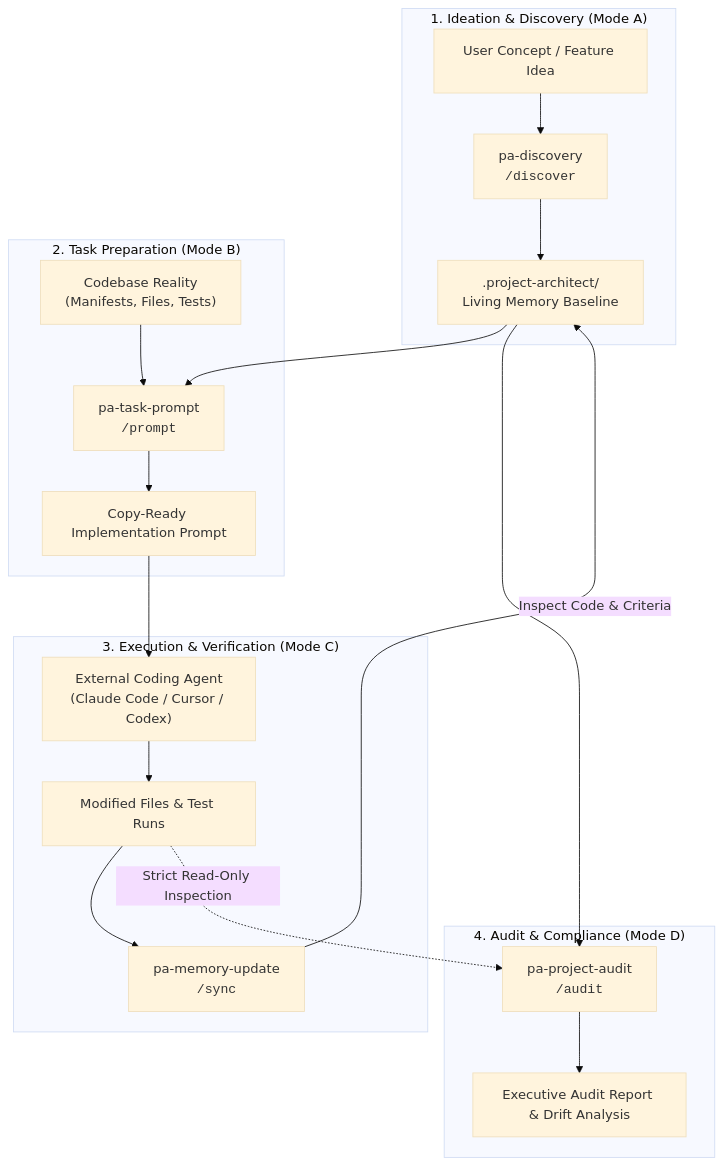
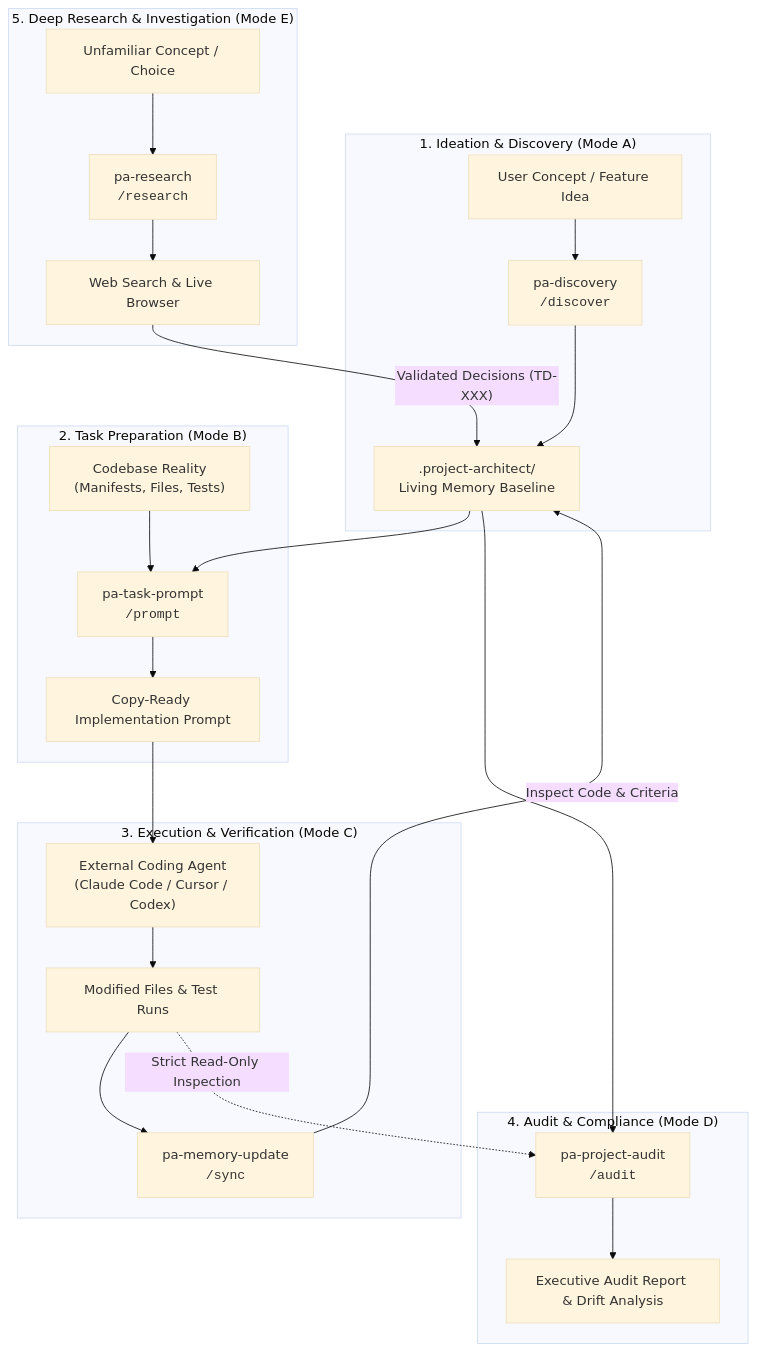
Before and after one commit to youngcrypton/project-architect: the diagram in README.md, drawn with Mermaid (base theme). The commit also changed other lines of this file and 3 other files, not shown here.

Commit message:
feat: add pa-research skill with real-time browser integration and origin block reporting

````diff
--- a/README.md
+++ b/README.md
@@ -54,26 +54,32 @@
 ```mermaid
 flowchart TD
     subgraph ModeA ["1. Ideation & Discovery (Mode A)"]
         A["User Concept / Feature Idea"] --> B["pa-discovery<br/><code>/discover</code>"]
         B --> C[".project-architect/<br/>Living Memory Baseline"]
     end
 
     subgraph ModeB ["2. Task Preparation (Mode B)"]
         C --> D["pa-task-prompt<br/><code>/prompt</code>"]
         E["Codebase Reality<br/>(Manifests, Files, Tests)"] --> D
         D --> F["Copy-Ready Implementation Prompt"]
     end
 
     subgraph ModeC ["3. Execution & Verification (Mode C)"]
         F --> G["External Coding Agent<br/>(Claude Code / Cursor / Codex)"]
         G --> H["Modified Files & Test Runs"]
         H --> I["pa-memory-update<br/><code>/sync</code>"]
         I -->|"Inspect Code & Criteria"| C
     end
 
     subgraph ModeD ["4. Audit & Compliance (Mode D)"]
         C --> J["pa-project-audit<br/><code>/audit</code>"]
         H -.->|"Strict Read-Only Inspection"| J
         J --> K["Executive Audit Report & Drift Analysis"]
     end
+
+    subgraph ModeE ["5. Deep Research & Investigation (Mode E)"]
+        L["Unfamiliar Concept / Choice"] --> M["pa-research<br/><code>/research</code>"]
+        M --> N["Web Search & Live Browser"]
+        N -->|"Validated Decisions (TD-XXX)"| C
+    end
 ```
````
